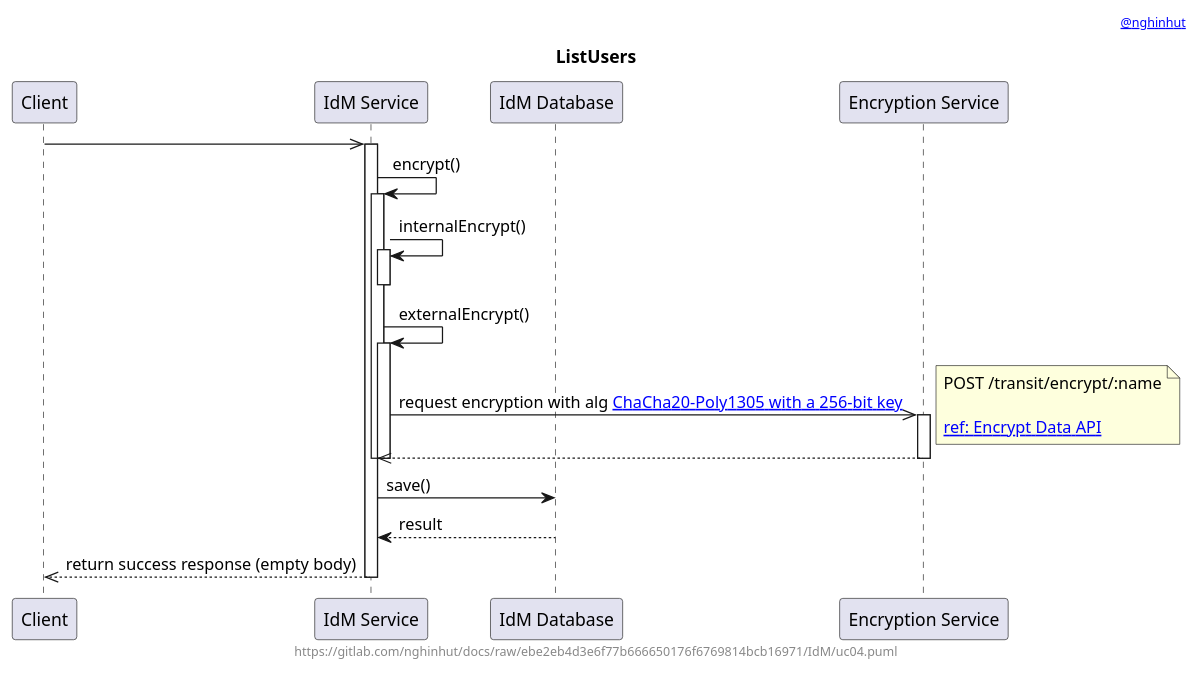
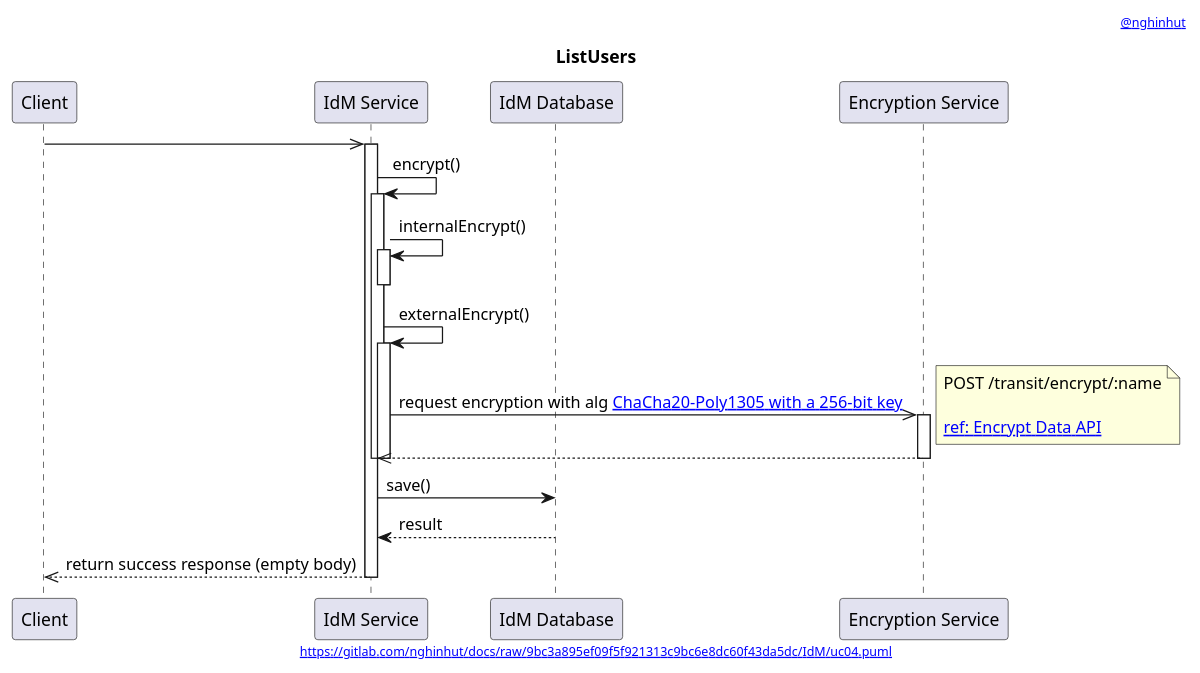
One commit to nghinhut/docs changed the diagram in IdM/uc04.sequence.puml. Above: the diagram before and after it, drawn with PlantUML. The commit also changed 18 other files, not shown here.

Commit message:
Update diagrams

```diff
--- a/IdM/uc04.sequence.puml
+++ b/IdM/uc04.sequence.puml
@@ -1,43 +1,43 @@
 @startuml
 '-----START auto generated metadata please keep comment here to allow auto update-----
 '-----DON'T EDIT THIS SECTION, INSTEAD RE-RUN prebuild.sh TO UPDATE-----
 header [[mailto:nghinhut@gmail.com @nghinhut]]
-footer https://gitlab.com/nghinhut/docs/raw/ebe2eb4d3e6f77b666650176f6769814bcb16971/IdM/uc04.puml
+footer [[https://gitlab.com/nghinhut/docs/raw/9bc3a895ef09f5f921313c9bc6e8dc60f43da5dc/IdM/uc04.puml]]
 '-----END auto generated metadata please keep comment here to allow auto update-----
 title ListUsers
 
 participant "Client" as client
 participant "IdM Service" as idm
 participant "IdM Database" as db
 participant "Encryption Service" as es
 
 client ->> idm
 activate idm
 
 idm -> idm : encrypt()
 activate idm
 idm -> idm : internalEncrypt()
 activate idm
 deactivate idm
 
 idm -> idm : externalEncrypt()
 activate idm
 idm ->> es : request encryption with alg [[https://www.vaultproject.io/docs/secrets/transit/index.html#chacha20-poly1305 ChaCha20-Poly1305 with a 256-bit key]]
 note right
     POST /transit/encrypt/:name
 
     [[https://www.vaultproject.io/api/secret/transit/index.html#encrypt-data ref: Encrypt Data API]]
 end note
 activate es
 idm <<-- es
 deactivate es
 deactivate idm
 deactivate idm
 
 idm -> db : save()
 idm <-- db : result
 
 client <<-- idm : return success response (empty body)
 deactivate idm
 
 @enduml
```
